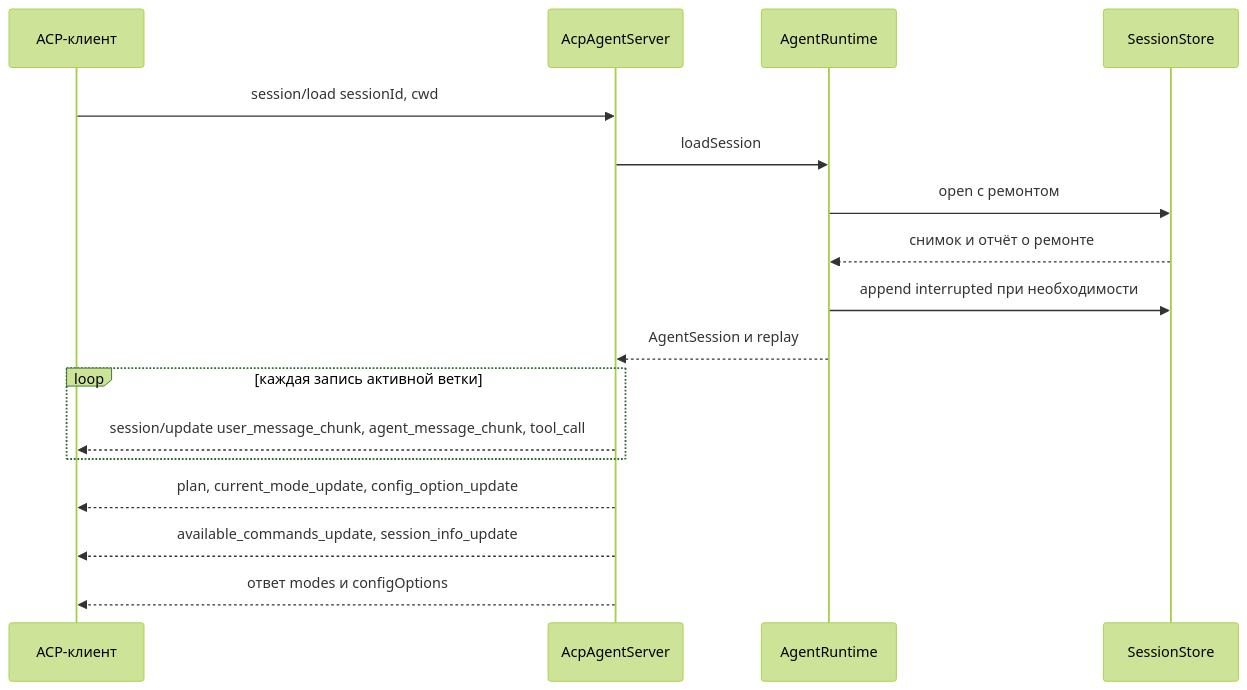
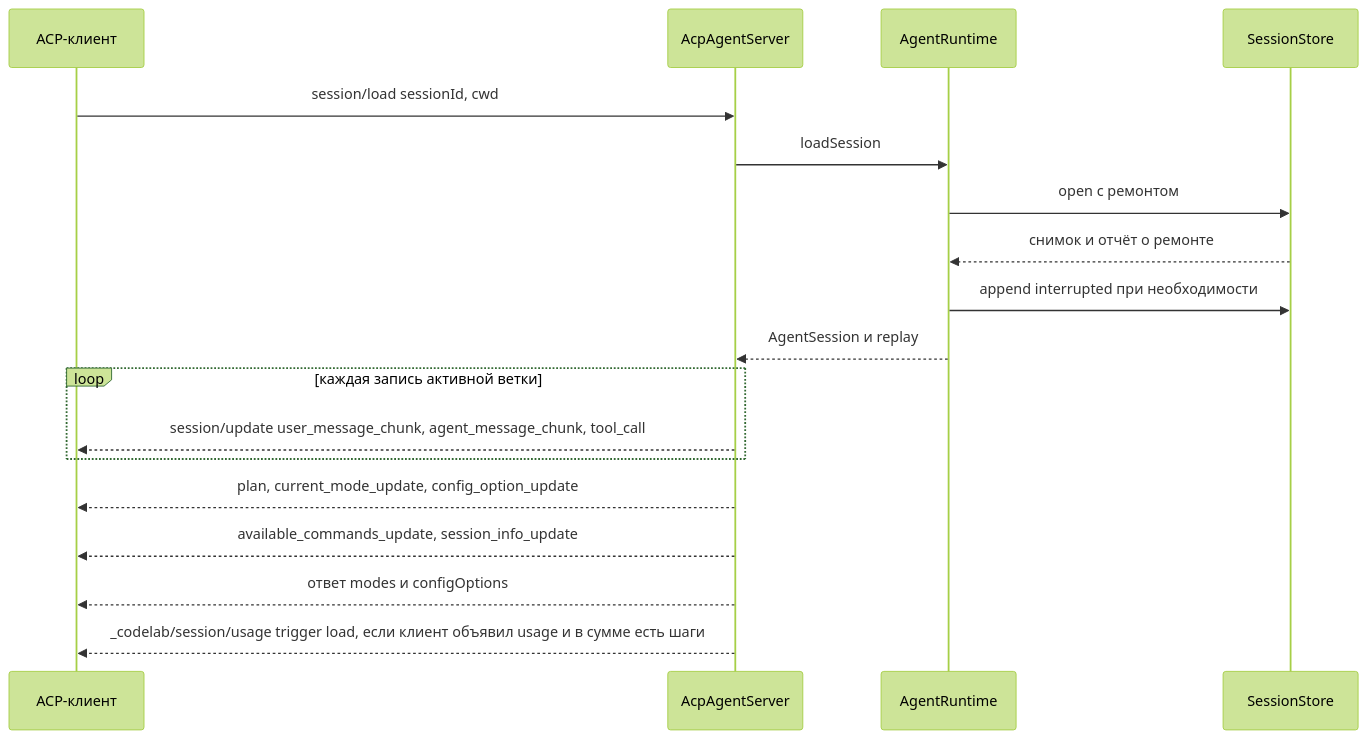
One commit to pese-git/codelab-app changed the third of 3 diagrams in docs/architecture/proposals/agent-core/13-acp-adapter.md. Above: the diagram before and after it, drawn with Mermaid (forest theme). The commit also changed other lines of this file and 21 other files, not shown here.

Commit message:
docs: add-usage-ledger — новый change: журнал usage сессии (usage.json), /usage [rebuild], запрос _codelab/session/usage/ledger и снимок load, суммаризатор в сумме сессии; решения пользователя Q1–Q9 (2026-11-17); документы архитектуры (итерация 0)

````diff
--- a/docs/architecture/proposals/agent-core/13-acp-adapter.md
+++ b/docs/architecture/proposals/agent-core/13-acp-adapter.md
@@ -967,19 +979,20 @@
 ```mermaid
 sequenceDiagram
     participant C as ACP-клиент
     participant A as AcpAgentServer
     participant R as AgentRuntime
     participant J as SessionStore
     C->>A: session/load sessionId, cwd
     A->>R: loadSession
     R->>J: open с ремонтом
     J-->>R: снимок и отчёт о ремонте
     R->>J: append interrupted при необходимости
     R-->>A: AgentSession и replay
     loop каждая запись активной ветки
         A-->>C: session/update user_message_chunk, agent_message_chunk, tool_call
     end
     A-->>C: plan, current_mode_update, config_option_update
     A-->>C: available_commands_update, session_info_update
     A-->>C: ответ modes и configOptions
+    A-->>C: _codelab/session/usage trigger load, если клиент объявил usage и в сумме есть шаги
 ```
````
